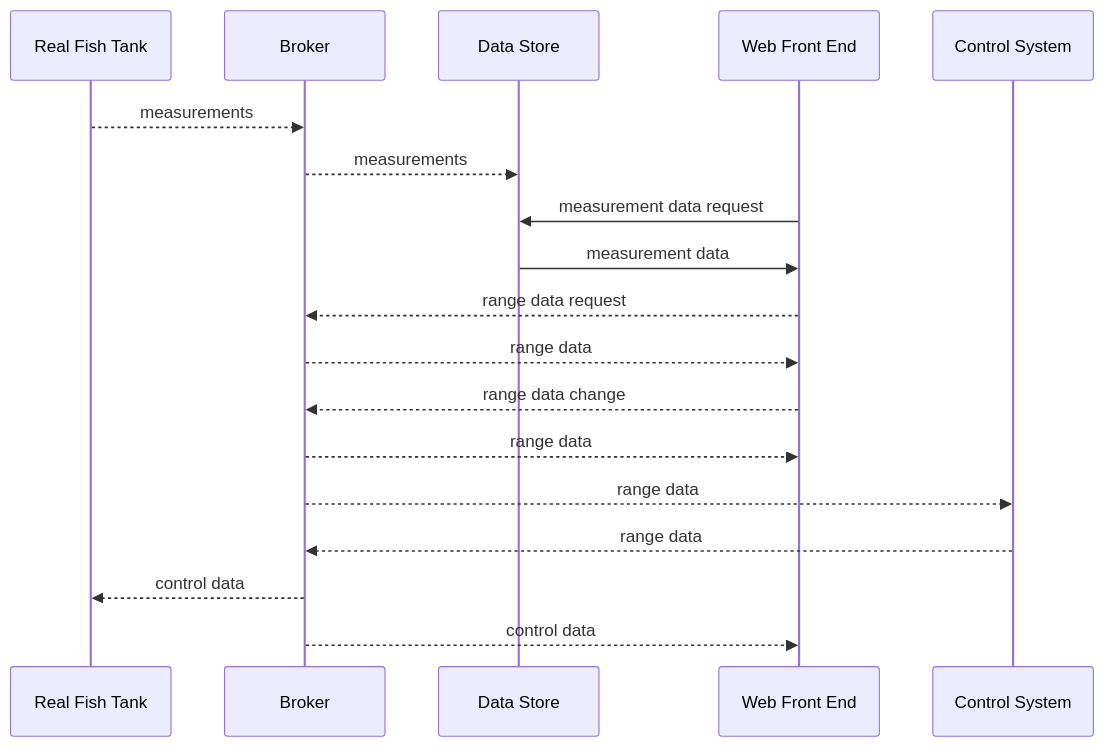
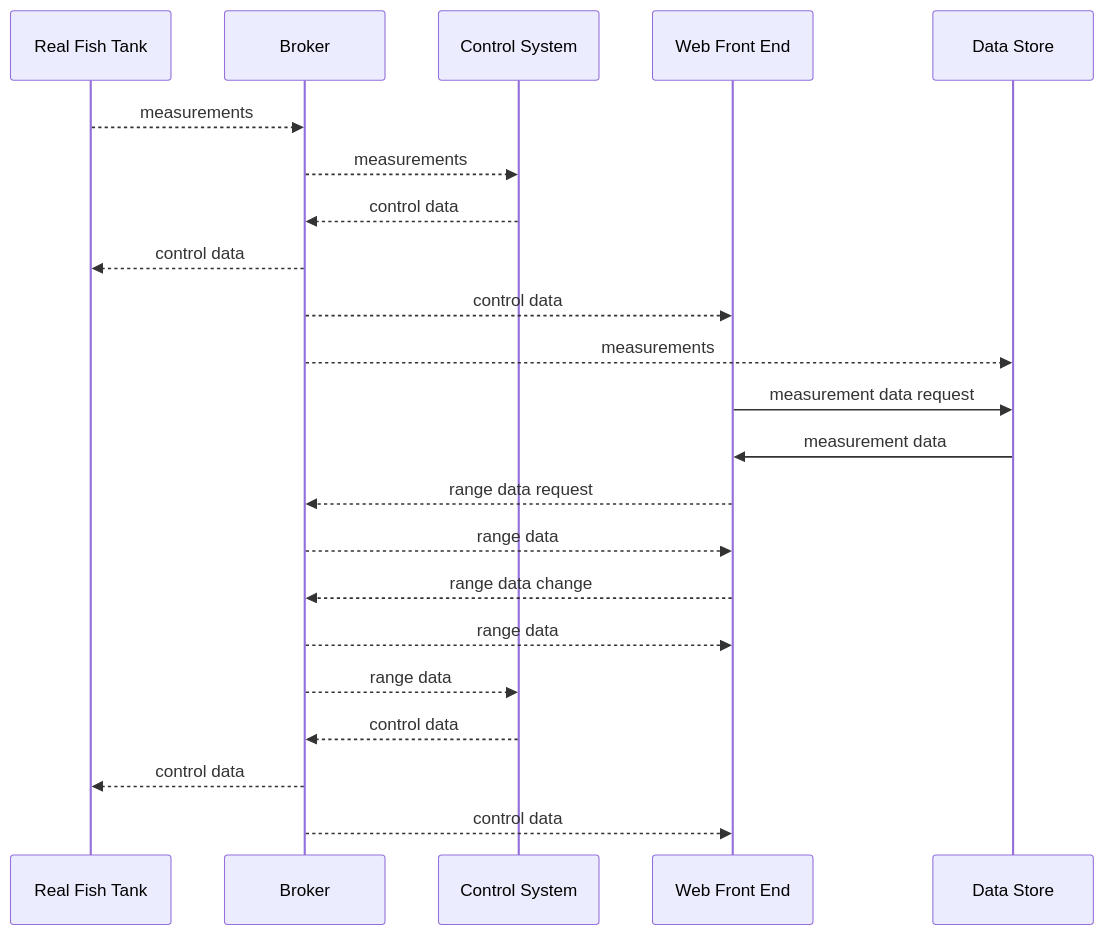
The diagram in Projects - Demo Project/Ideas around MQTT.md (mr-eggleton/obsidian-notes), drawn with Mermaid before and after one commit. The commit also changed other lines of this file, not shown here.

Commit message:
vault backup: 2025-07-07 16:14:56

````diff
--- a/Projects - Demo Project/Ideas around MQTT.md
+++ b/Projects - Demo Project/Ideas around MQTT.md
@@ -2,15 +3,19 @@
 ```mermaid
 sequenceDiagram
 Real Fish Tank -->> Broker: measurements
+Broker-->>Control System : measurements
+Control System-->>Broker : control data
+Broker-->>Real Fish Tank: control data
+Broker-->>Web Front End: control data
 Broker-->>Data Store: measurements
 Web Front End->>Data Store: measurement data request
 Data Store->>Web Front End: measurement data
 Web Front End-->>Broker: range data request
 Broker-->>Web Front End: range data
 Web Front End-->>Broker: range data change
 Broker-->>Web Front End: range data
 Broker-->>Control System : range data
-Control System-->>Broker : range data
+Control System-->>Broker : control data
 Broker-->>Real Fish Tank: control data
 Broker-->>Web Front End: control data
 ```
````
